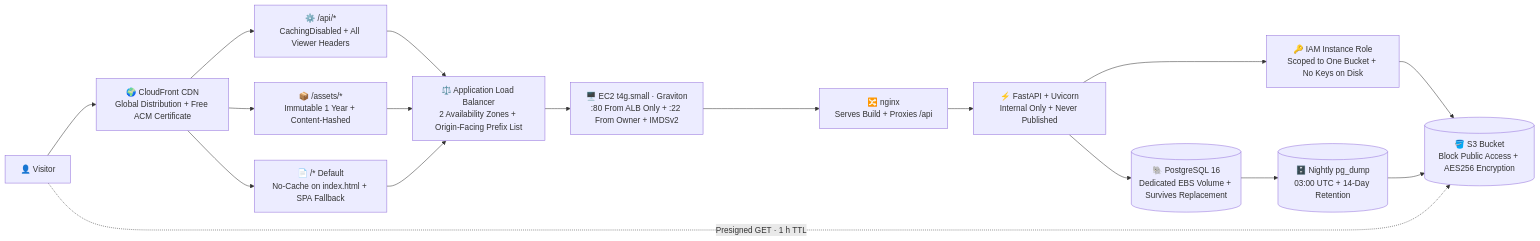
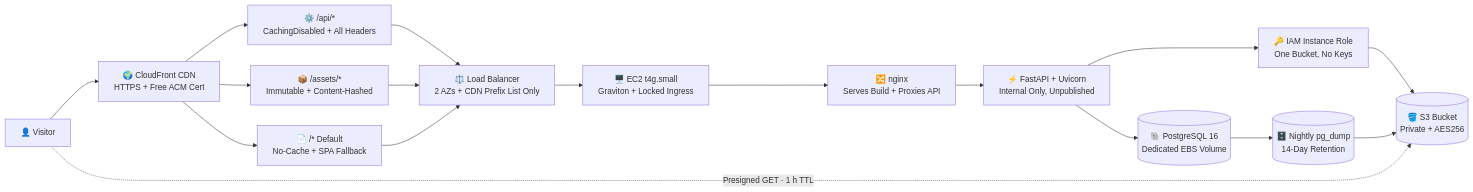
One commit to sylvrs-celeste/dreamDraw changed the diagram in README.md. Above: the diagram before and after it, drawn with Mermaid.

Commit message:
Widen diagram labels so each line fits without wrapping
Mermaid wraps at 200px by default, breaking labels across three rows.
Raises wrappingWidth and shortens the copy so the boxes stay narrow.

````diff
--- a/README.md
+++ b/README.md
@@ -32,31 +32,32 @@
 ```mermaid
+%%{init: {'flowchart': {'wrappingWidth': 300, 'nodeSpacing': 40, 'rankSpacing': 55}}}%%
 graph LR
 
   %% ============= USER ENTRY =============
-  U[👤 Visitor] --> CF[🌍 CloudFront CDN<br/>Global Distribution + Free ACM Certificate]
+  U[👤 Visitor] --> CF[🌍 CloudFront CDN<br/>HTTPS + Free ACM Cert]
 
   %% ============= EDGE BEHAVIOURS =============
-  CF --> APIB[⚙️ /api/*<br/>CachingDisabled + All Viewer Headers]
-  CF --> ASTB[📦 /assets/*<br/>Immutable 1 Year + Content-Hashed]
-  CF --> APPB[📄 /* Default<br/>No-Cache on index.html + SPA Fallback]
+  CF --> APIB[⚙️ /api/*<br/>CachingDisabled + All Headers]
+  CF --> ASTB[📦 /assets/*<br/>Immutable + Content-Hashed]
+  CF --> APPB[📄 /* Default<br/>No-Cache + SPA Fallback]
 
   %% ============= NETWORK LOCKDOWN =============
-  APIB --> ALB[⚖️ Application Load Balancer<br/>2 Availability Zones + Origin-Facing Prefix List]
+  APIB --> ALB[⚖️ Load Balancer<br/>2 AZs + CDN Prefix List Only]
   ASTB --> ALB
   APPB --> ALB
-  ALB --> EC2[🖥️ EC2 t4g.small · Graviton<br/>:80 From ALB Only + :22 From Owner + IMDSv2]
+  ALB --> EC2[🖥️ EC2 t4g.small<br/>Graviton + Locked Ingress]
 
   %% ============= CONTAINERS =============
-  EC2 --> WEB[🔀 nginx<br/>Serves Build + Proxies /api]
-  WEB --> API[⚡ FastAPI + Uvicorn<br/>Internal Only + Never Published]
+  EC2 --> WEB[🔀 nginx<br/>Serves Build + Proxies API]
+  WEB --> API[⚡ FastAPI + Uvicorn<br/>Internal Only, Unpublished]
 
   %% ============= PERSISTENCE =============
-  API --> DB[(🐘 PostgreSQL 16<br/>Dedicated EBS Volume + Survives Replacement)]
-  API --> IAM[🔑 IAM Instance Role<br/>Scoped to One Bucket + No Keys on Disk]
-  IAM --> S3[(🪣 S3 Bucket<br/>Block Public Access + AES256 Encryption)]
+  API --> DB[(🐘 PostgreSQL 16<br/>Dedicated EBS Volume)]
+  API --> IAM[🔑 IAM Instance Role<br/>One Bucket, No Keys]
+  IAM --> S3[(🪣 S3 Bucket<br/>Private + AES256)]
 
   %% ============= BACKUP & DELIVERY =============
-  DB --> BAK[(🗄️ Nightly pg_dump<br/>03:00 UTC + 14-Day Retention)]
+  DB --> BAK[(🗄️ Nightly pg_dump<br/>14-Day Retention)]
   BAK --> S3
   U -.->|Presigned GET · 1 h TTL| S3
 ```
````
